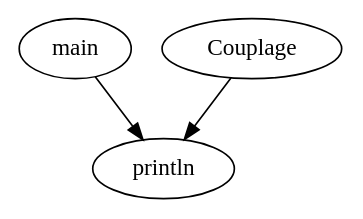
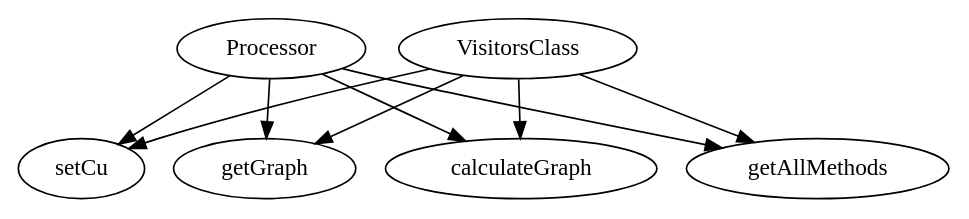
The diagram in graph.dot (Toudherth/Projet2EvolutionMaintenance), drawn with Graphviz before and after one commit. The commit also changed 8 other files, not shown here.

```diff
--- a/graph.dot
+++ b/graph.dot
@@ -1,3 +1,3 @@
 digraph G {
-main->println Couplage->println 
+Processor->calculateGraph Processor->getAllMethods Processor->setCu Processor->getGraph VisitorsClass->calculateGraph VisitorsClass->getAllMethods VisitorsClass->setCu VisitorsClass->getGraph 
 }
```
